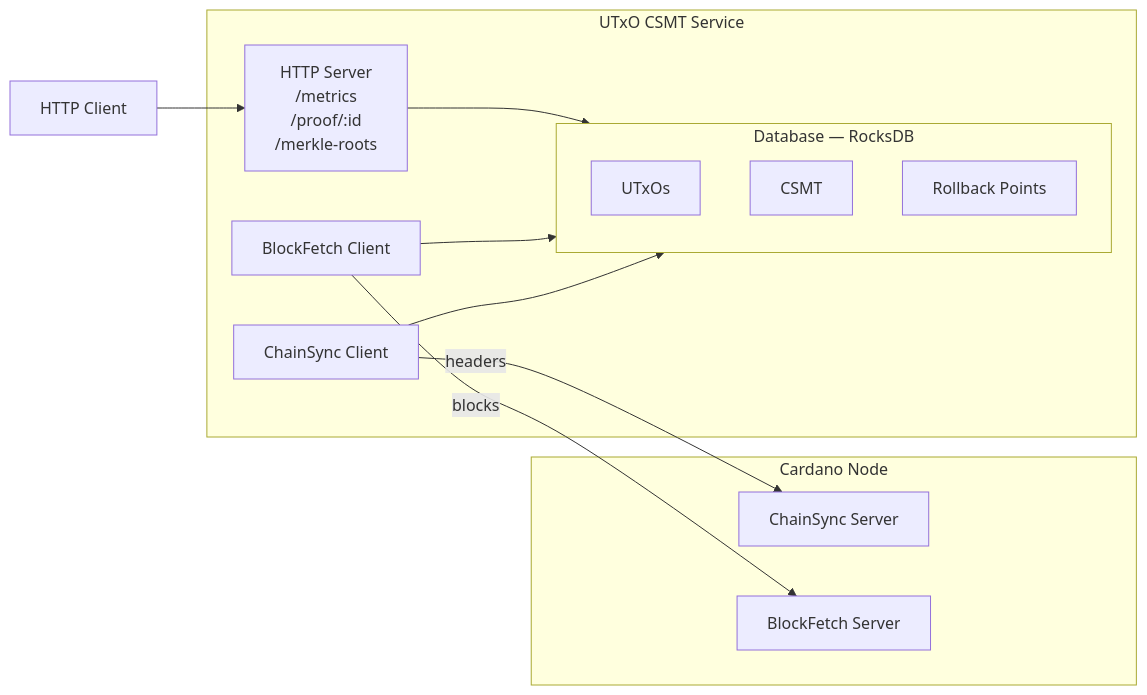
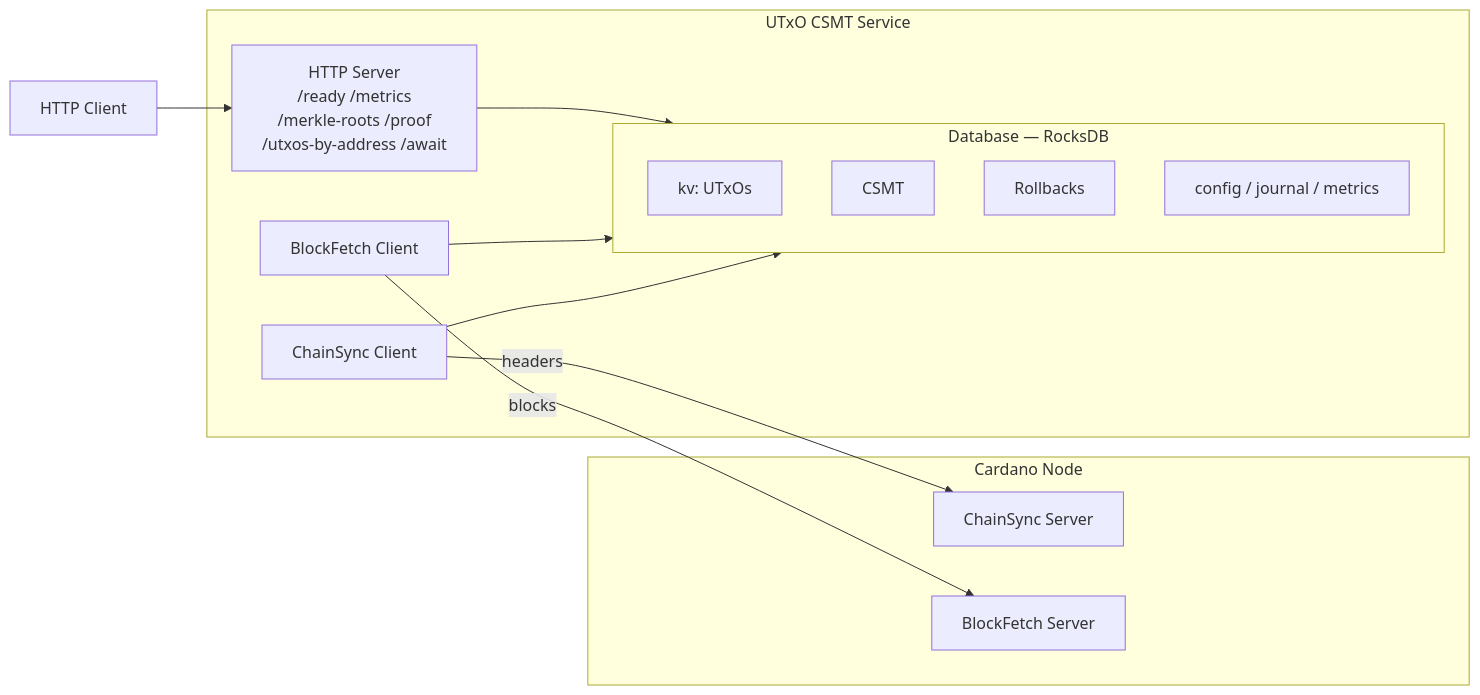
The first of 2 diagrams in docs/architecture.md (lambdasistemi/cardano-utxo-csmt), drawn with Mermaid before and after one commit. The commit also changed other lines of this file and 3 other files, not shown here.

First line of the commit message:
docs: correct architecture, getting-started, schema and run docs

````diff
--- a/docs/architecture.md
+++ b/docs/architecture.md
@@ -7,24 +7,25 @@
 ```mermaid
 flowchart LR
     subgraph Node [Cardano Node]
         CS_S[ChainSync Server]
         BF_S[BlockFetch Server]
     end
     subgraph Service [UTxO CSMT Service]
         CS_C[ChainSync Client]
         BF_C[BlockFetch Client]
-        HTTP[HTTP Server<br>/metrics<br>/proof/:id<br>/merkle-roots]
+        HTTP["HTTP Server<br>/ready /metrics<br>/merkle-roots /proof<br>/utxos-by-address /await"]
         subgraph DB [Database — RocksDB]
-            UTxOs
+            KV[kv: UTxOs]
             CSMT
-            Rollbacks[Rollback Points]
+            Rollbacks
+            Internal[config / journal / metrics]
         end
     end
     Client[HTTP Client]
     CS_C -->|headers| CS_S
     BF_C -->|blocks| BF_S
     CS_C --> DB
     BF_C --> DB
     HTTP --> DB
     Client --> HTTP
 ```
````
